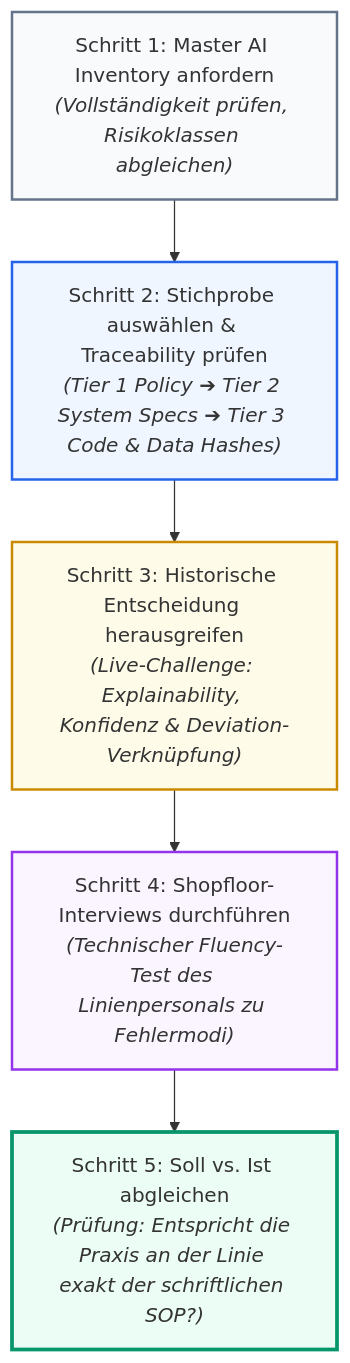
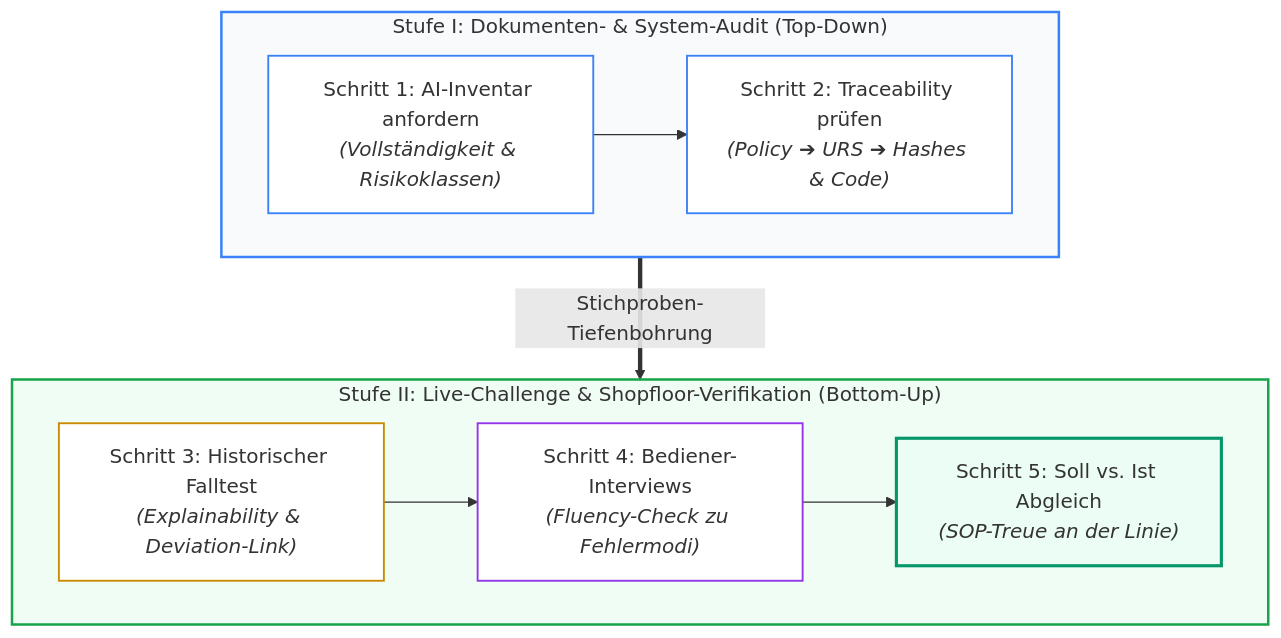
The diagram in docs/de/module_12_audit_inspection_readiness.md (Lunaman06/Annex22), drawn with Mermaid before and after one commit. The commit also changed 29 other files, not shown here.

Commit message:
style(docs): optimize mermaid diagram aspect ratios, edge flows and legibility across all DE and EN modules

````diff
--- a/docs/de/module_12_audit_inspection_readiness.md
+++ b/docs/de/module_12_audit_inspection_readiness.md
@@ -22,13 +22,22 @@
 ```mermaid
 flowchart TD
-    I1["Schritt 1: Master AI Inventory anfordern<br/><i>(Vollständigkeit prüfen, Risikoklassen abgleichen)</i>"] --> I2["Schritt 2: Stichprobe auswählen & Traceability prüfen<br/><i>(Tier 1 Policy ➔ Tier 2 System Specs ➔ Tier 3 Code & Data Hashes)</i>"]
-    I2 --> I3["Schritt 3: Historische Entscheidung herausgreifen<br/><i>(Live-Challenge: Explainability, Konfidenz & Deviation-Verknüpfung)</i>"]
-    I3 --> I4["Schritt 4: Shopfloor-Interviews durchführen<br/><i>(Technischer Fluency-Test des Linienpersonals zu Fehlermodi)</i>"]
-    I4 --> I5["Schritt 5: Soll vs. Ist abgleichen<br/><i>(Prüfung: Entspricht die Praxis an der Linie exakt der schriftlichen SOP?)</i>"]
+    subgraph P1["Stufe I: Dokumenten- & System-Audit (Top-Down)"]
+        direction LR
+        I1["Schritt 1: AI-Inventar anfordern<br/><i>(Vollständigkeit & Risikoklassen)</i>"] --> I2["Schritt 2: Traceability prüfen<br/><i>(Policy ➔ URS ➔ Hashes & Code)</i>"]
+    end
 
-    style I1 fill:#f8fafc,stroke:#64748b,stroke-width:2px
-    style I2 fill:#eff6ff,stroke:#2563eb,stroke-width:2px
-    style I3 fill:#fefce8,stroke:#ca8a04,stroke-width:2px
-    style I4 fill:#faf5ff,stroke:#9333ea,stroke-width:2px
-    style I5 fill:#ecfdf5,stroke:#059669,stroke-width:3px
+    subgraph P2["Stufe II: Live-Challenge & Shopfloor-Verifikation (Bottom-Up)"]
+        direction LR
+        I3["Schritt 3: Historischer Falltest<br/><i>(Explainability & Deviation-Link)</i>"] --> I4["Schritt 4: Bediener-Interviews<br/><i>(Fluency-Check zu Fehlermodi)</i>"] --> I5["Schritt 5: Soll vs. Ist Abgleich<br/><i>(SOP-Treue an der Linie)</i>"]
+    end
+
+    P1 ==>|"Stichproben-Tiefenbohrung"| P2
+
+    style P1 fill:#f8fafc,stroke:#3b82f6,stroke-width:2px
+    style P2 fill:#f0fdf4,stroke:#16a34a,stroke-width:2px
+    style I1 fill:#ffffff,stroke:#3b82f6,stroke-width:1.5px
+    style I2 fill:#ffffff,stroke:#3b82f6,stroke-width:1.5px
+    style I3 fill:#ffffff,stroke:#ca8a04,stroke-width:1.5px
+    style I4 fill:#ffffff,stroke:#9333ea,stroke-width:1.5px
+    style I5 fill:#ecfdf5,stroke:#059669,stroke-width:2.5px
 ```
````
